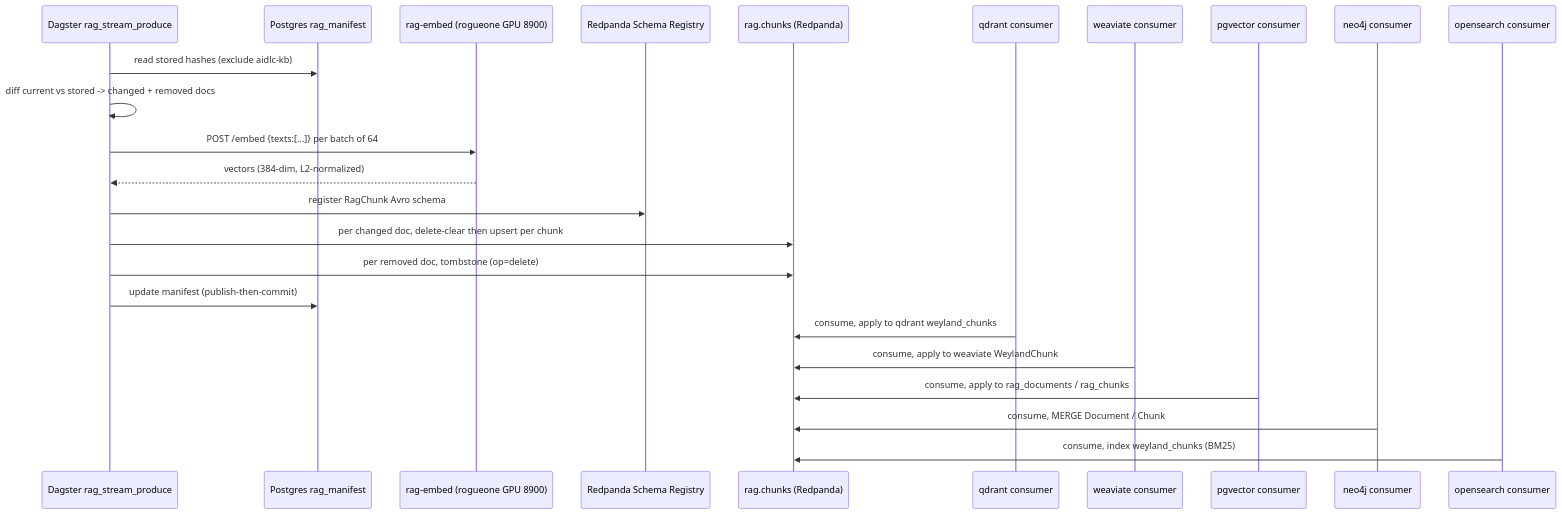
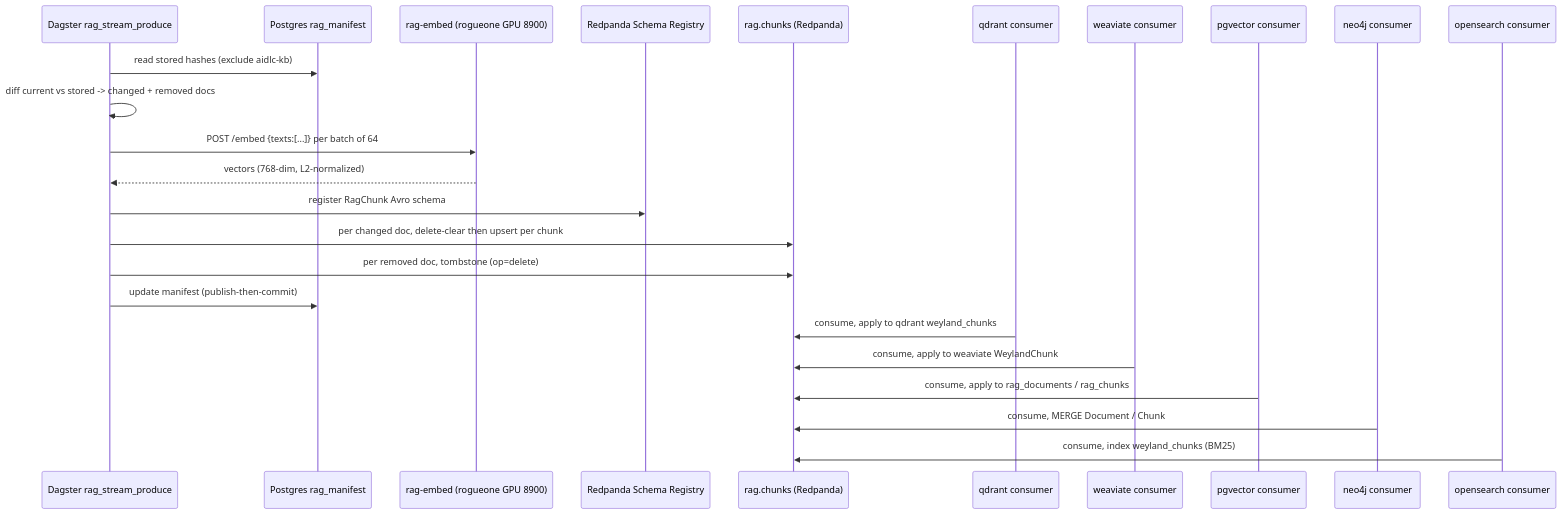
The diagram in docs/demos/rag-stream.md (edtbl76/weyland-lab), drawn with Mermaid before and after one commit. The commit also changed other lines of this file and 13 other files, not shown here.

````diff
--- a/docs/demos/rag-stream.md
+++ b/docs/demos/rag-stream.md
@@ -16,27 +16,27 @@
 ```mermaid
 sequenceDiagram
     participant DAG as Dagster rag_stream_produce
     participant PGM as Postgres rag_manifest
     participant EMB as rag-embed (rogueone GPU 8900)
     participant SR as Redpanda Schema Registry
     participant TOPIC as rag.chunks (Redpanda)
     participant Q as qdrant consumer
     participant W as weaviate consumer
     participant P as pgvector consumer
     participant N as neo4j consumer
     participant O as opensearch consumer
 
     DAG->>PGM: read stored hashes (exclude aidlc-kb)
     DAG->>DAG: diff current vs stored -> changed + removed docs
     DAG->>EMB: POST /embed {texts:[...]} per batch of 64
-    EMB-->>DAG: vectors (384-dim, L2-normalized)
+    EMB-->>DAG: vectors (768-dim, L2-normalized)
     DAG->>SR: register RagChunk Avro schema
     DAG->>TOPIC: per changed doc, delete-clear then upsert per chunk
     DAG->>TOPIC: per removed doc, tombstone (op=delete)
     DAG->>PGM: update manifest (publish-then-commit)
     Q->>TOPIC: consume, apply to qdrant weyland_chunks
     W->>TOPIC: consume, apply to weaviate WeylandChunk
     P->>TOPIC: consume, apply to rag_documents / rag_chunks
     N->>TOPIC: consume, MERGE Document / Chunk
     O->>TOPIC: consume, index weyland_chunks (BM25)
 ```
````
